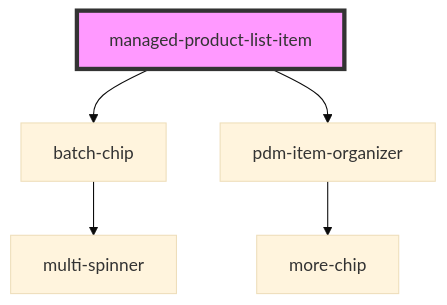
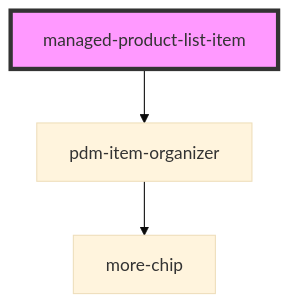
One commit to PharmaLedger-IMI/fgt-workspace changed the diagram in pdm-web-components/src/components/managed-product-list-item/readme.md. Above: the diagram before and after it, drawn with Mermaid (base theme). The commit also changed other lines of this file and 26 other files, not shown here.

````diff
--- a/pdm-web-components/src/components/managed-product-list-item/readme.md
+++ b/pdm-web-components/src/components/managed-product-list-item/readme.md
@@ -45,8 +44,6 @@
 ```mermaid
 graph TD;
-  managed-product-list-item --> batch-chip
   managed-product-list-item --> pdm-item-organizer
-  batch-chip --> multi-spinner
   pdm-item-organizer --> more-chip
   style managed-product-list-item fill:#f9f,stroke:#333,stroke-width:4px
 ```
````
